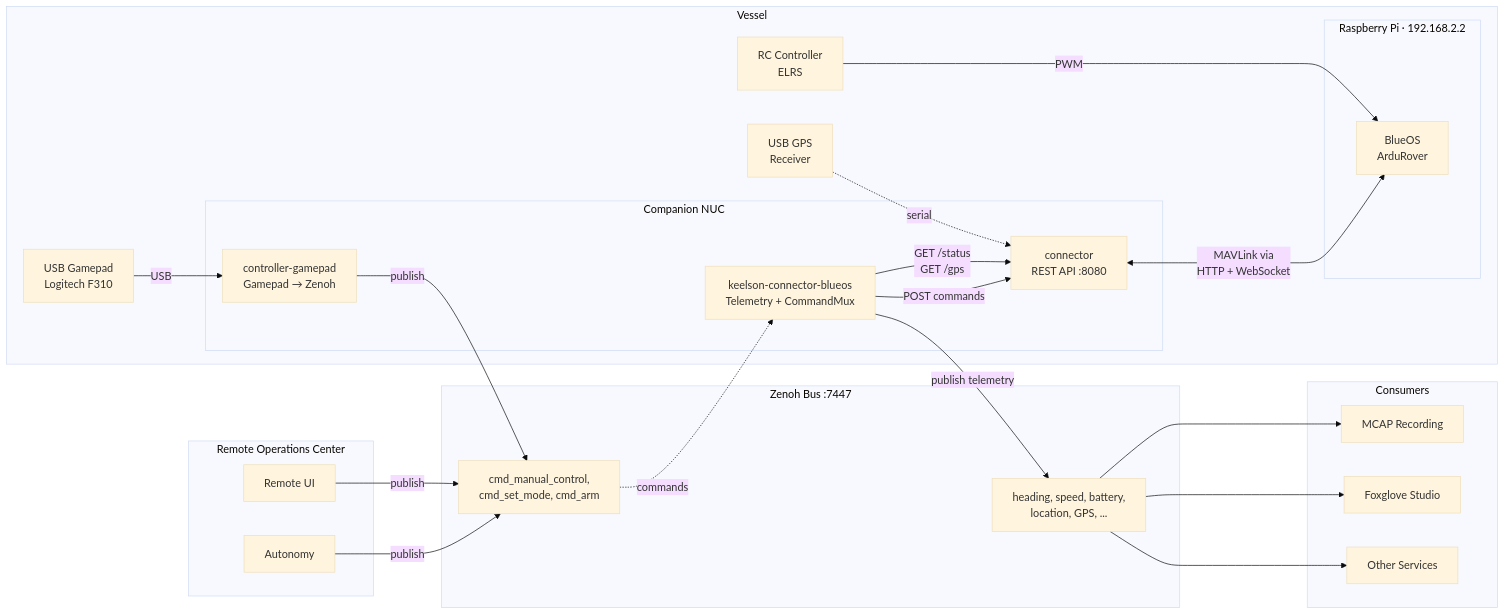
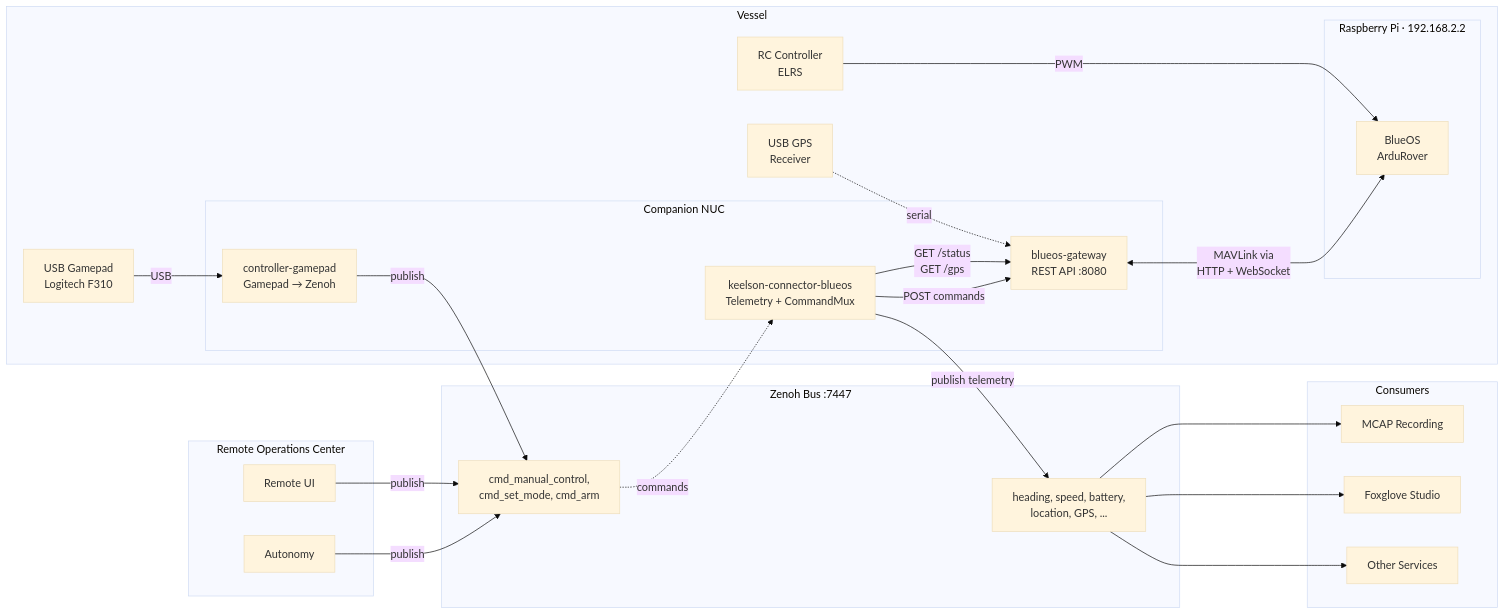
The first of 2 diagrams in README.md (RISEMaxF/ssrsblue), drawn with Mermaid (base theme) before and after one commit. The commit also changed other lines of this file and 32 other files, not shown here.

First line of the commit message:
Rename connector to blueos-gateway and add COMMAND_ACK parsing

````diff
--- a/README.md
+++ b/README.md
@@ -7,50 +7,50 @@
 ```mermaid
 graph LR
     subgraph Vessel
         RC[RC Controller<br/>ELRS]
         GPS[USB GPS<br/>Receiver]
         Gamepad[USB Gamepad<br/>Logitech F310]
 
         subgraph RPi [Raspberry Pi · 192.168.2.2]
             BlueOS[BlueOS<br/>ArduRover]
         end
 
         subgraph NUC [Companion NUC]
-            Conn[connector<br/>REST API :8080]
+            Conn[blueos-gateway<br/>REST API :8080]
             KC[keelson-connector-blueos<br/>Telemetry + CommandMux]
             GC[controller-gamepad<br/>Gamepad → Zenoh]
         end
 
         RC --->|PWM| BlueOS
         GPS -.->|serial| Conn
         Gamepad -->|USB| GC
     end
 
     subgraph Zenoh [Zenoh Bus :7447]
         Telemetry[heading, speed, battery,<br/>location, GPS, ...]
         Commands[cmd_manual_control,<br/>cmd_set_mode, cmd_arm]
     end
 
     subgraph ROC [Remote Operations Center]
         RemoteUI[Remote UI]
         Autonomy[Autonomy]
     end
 
     subgraph Consumers
         MCAP[MCAP Recording]
         Fox[Foxglove Studio]
         Svc[Other Services]
     end
 
     Conn <-->|MAVLink via<br/>HTTP + WebSocket| BlueOS
     KC -->|GET /status<br/>GET /gps| Conn
     KC -->|POST commands| Conn
     KC -->|publish telemetry| Telemetry
     Commands -.->|commands| KC
     GC -->|publish| Commands
     RemoteUI -->|publish| Commands
     Autonomy -->|publish| Commands
     Telemetry --> MCAP
     Telemetry --> Fox
     Telemetry --> Svc
 ```
````
